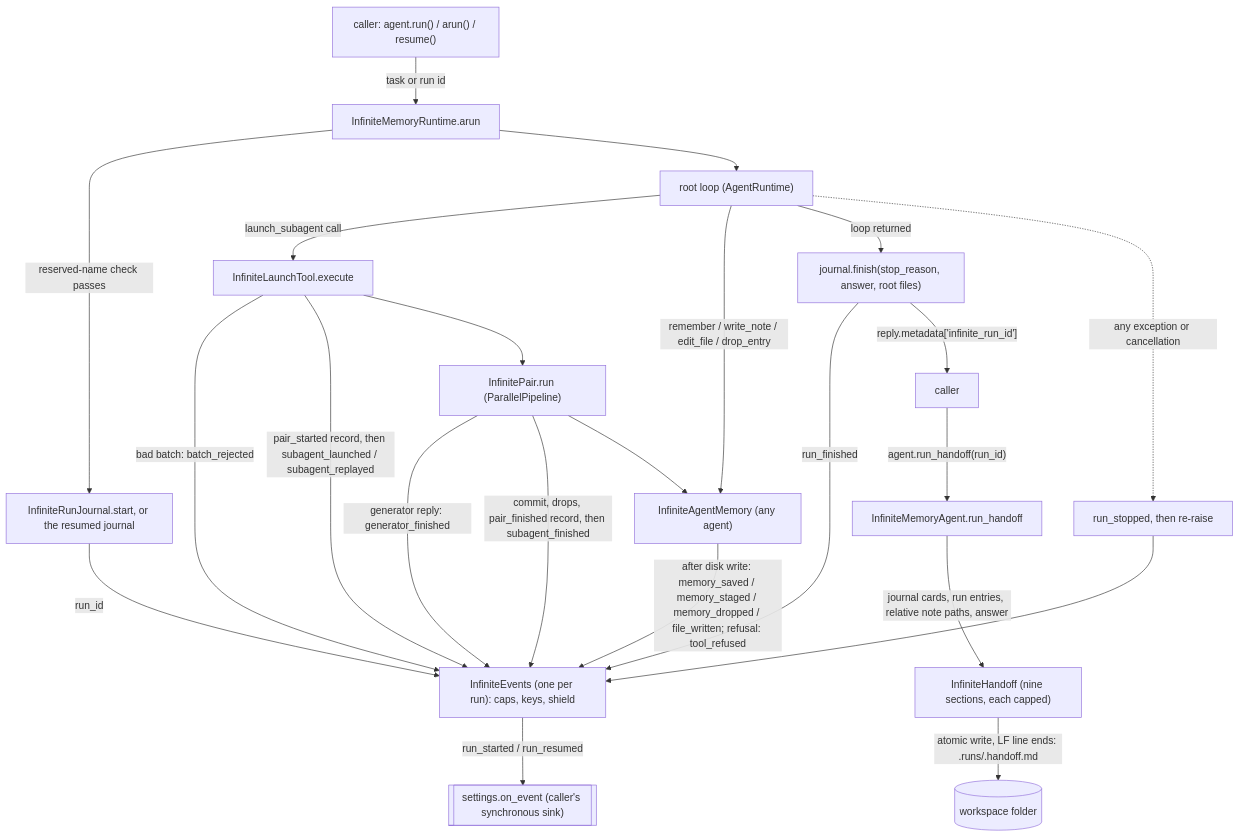
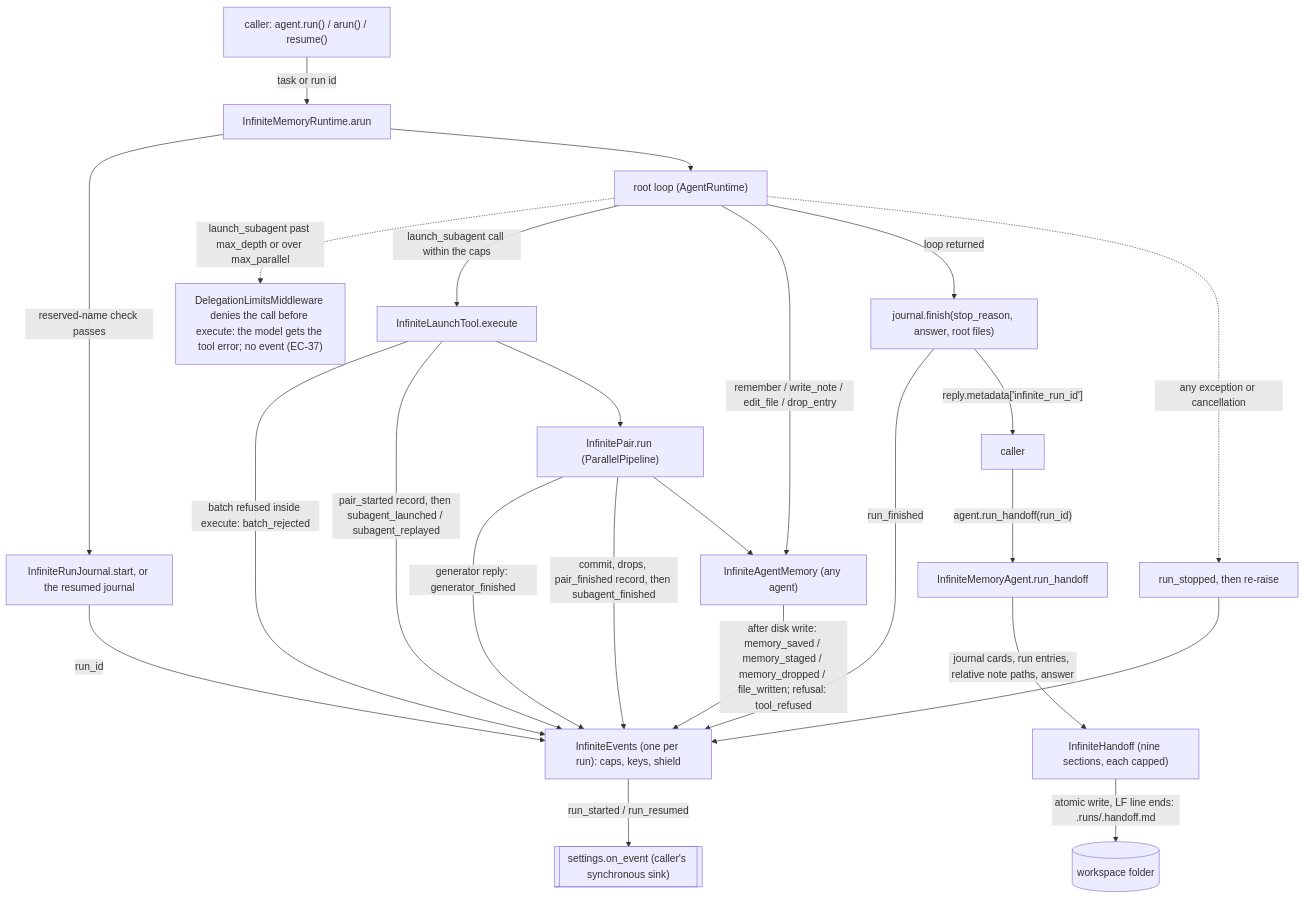
The first of 2 diagrams in docs/spec/infinite-memory-events/spec.md (cerredz/Vidbyte-SDK), drawn with Mermaid before and after one commit. The commit also changed other lines of this file, not shown here.

Commit message:
docs(spec): revise infinite-memory-events spec r3 (middleware refusals, review r2; approved)

````diff
--- a/docs/spec/infinite-memory-events/spec.md
+++ b/docs/spec/infinite-memory-events/spec.md
@@ -101,25 +101,26 @@
 ```mermaid
 flowchart TD
   A["caller: agent.run() / arun() / resume()"] -->|task or run id| B["InfiniteMemoryRuntime.arun"]
   B -->|reserved-name check passes| C["InfiniteRunJournal.start, or the resumed journal"]
   C -->|run_id| D["InfiniteEvents (one per run): caps, keys, shield"]
   D -->|run_started / run_resumed| S[["settings.on_event (caller's synchronous sink)"]]
   B --> E["root loop (AgentRuntime)"]
-  E -->|launch_subagent call| F["InfiniteLaunchTool.execute"]
-  F -->|bad batch: batch_rejected| D
+  E -.->|"launch_subagent past max_depth or over max_parallel"| X["DelegationLimitsMiddleware denies the call before execute: the model gets the tool error; no event (EC-37)"]
+  E -->|launch_subagent call within the caps| F["InfiniteLaunchTool.execute"]
+  F -->|"batch refused inside execute: batch_rejected"| D
   F -->|pair_started record, then subagent_launched / subagent_replayed| D
   F --> G["InfinitePair.run (ParallelPipeline)"]
   G -->|generator reply: generator_finished| D
   G -->|commit, drops, pair_finished record, then subagent_finished| D
   E -->|remember / write_note / edit_file / drop_entry| H["InfiniteAgentMemory (any agent)"]
   G --> H
   H -->|after disk write: memory_saved / memory_staged / memory_dropped / file_written; refusal: tool_refused| D
   E -->|loop returned| I["journal.finish(stop_reason, answer, root files)"]
   I -->|run_finished| D
   E -.->|any exception or cancellation| J["run_stopped, then re-raise"]
   J --> D
   I -->|"reply.metadata['infinite_run_id']"| K["caller"]
   K -->|"agent.run_handoff(run_id)"| L["InfiniteMemoryAgent.run_handoff"]
   L -->|journal cards, run entries, relative note paths, answer| M["InfiniteHandoff (nine sections, each capped)"]
   M -->|"atomic write, LF line ends: .runs/<run_id>.handoff.md"| N[("workspace folder")]
 ```
````
